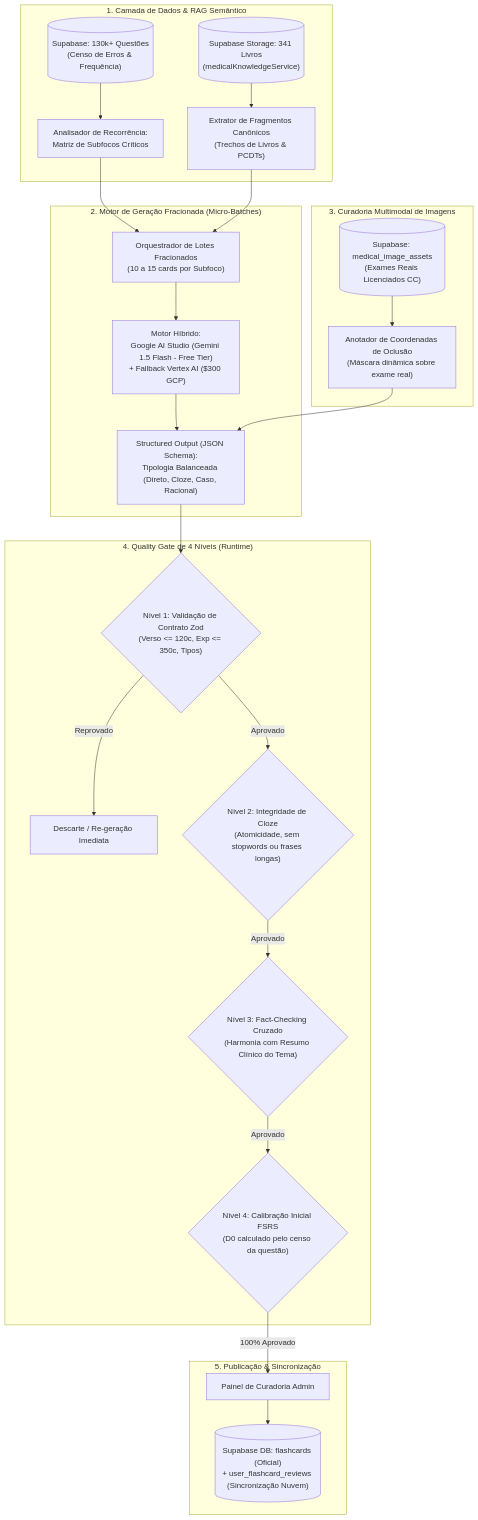
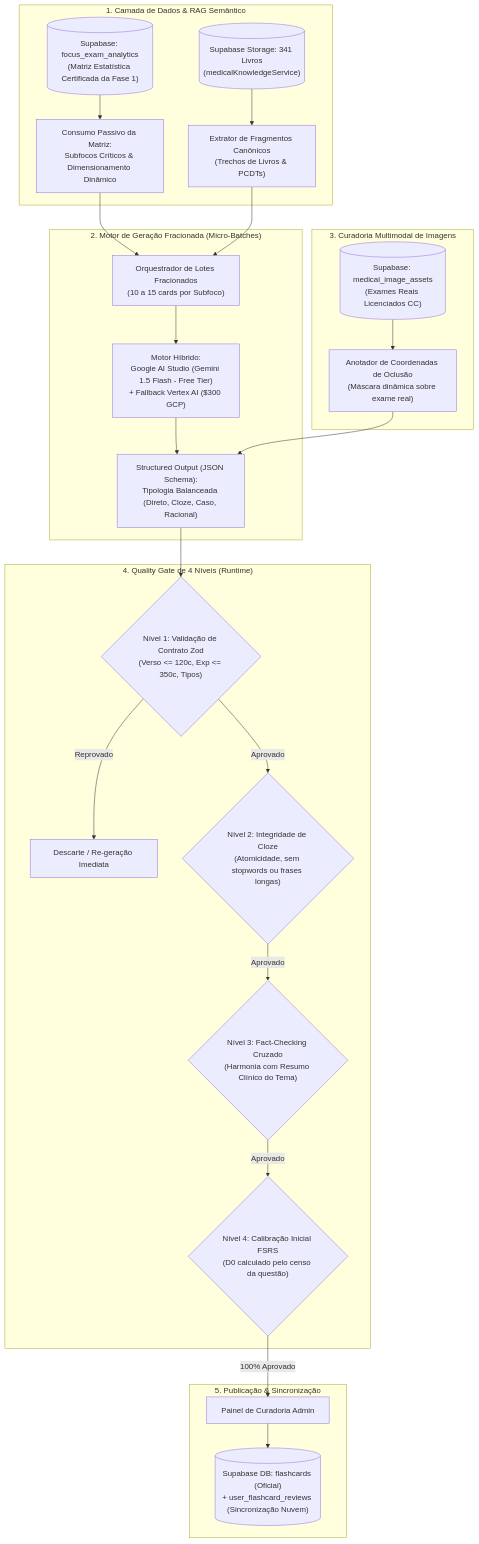
The first of 2 diagrams in docs/PLANO_MESTRE_FLASHCARDS_FSRS.md (bancoresidencia/bancoresidencia), drawn with Mermaid before and after one commit. The commit also changed 56 other files, not shown here.

````diff
--- a/docs/PLANO_MESTRE_FLASHCARDS_FSRS.md
+++ b/docs/PLANO_MESTRE_FLASHCARDS_FSRS.md
@@ -25,31 +25,31 @@
 ```mermaid
 flowchart TD
     subgraph DADOS_ENTRADA ["1. Camada de Dados & RAG Semântico"]
-        DBQuestoes[("Supabase: 130k+ Questões\n(Censo de Erros & Frequência)")] --> CensoSubfoco["Analisador de Recorrência:\nMatriz de Subfocos Críticos"]
+        AnalyticsFase1[("Supabase: focus_exam_analytics\n(Matriz Estatística Certificada da Fase 1)")] --> CensoSubfoco["Consumo Passivo da Matriz:\nSubfocos Críticos & Dimensionamento Dinâmico"]
         DBLivros[("Supabase Storage: 341 Livros\n(medicalKnowledgeService)")] --> RAGGrounding["Extrator de Fragmentos Canônicos\n(Trechos de Livros & PCDTs)"]
     end
 
     subgraph MOTOR_GERACAO ["2. Motor de Geração Fracionada (Micro-Batches)"]
         CensoSubfoco & RAGGrounding --> MicroBatch["Orquestrador de Lotes Fracionados\n(10 a 15 cards por Subfoco)"]
         MicroBatch --> LLMGenerator["Motor Híbrido:\nGoogle AI Studio (Gemini 1.5 Flash - Free Tier)\n+ Fallback Vertex AI ($300 GCP)"]
         LLMGenerator --> StructuredZod["Structured Output (JSON Schema):\nTipologia Balanceada (Direto, Cloze, Caso, Racional)"]
     end
 
     subgraph CATALOGO_MULTIMODAL ["3. Curadoria Multimodal de Imagens"]
         DBAssets[("Supabase: medical_image_assets\n(Exames Reais Licenciados CC)")] --> ImageOcclusionEngine["Anotador de Coordenadas de Oclusão\n(Máscara dinâmica sobre exame real)"]
         ImageOcclusionEngine --> StructuredZod
     end
 
     subgraph QUALITY_GATE ["4. Quality Gate de 4 Níveis (Runtime)"]
         StructuredZod --> QG1{"Nível 1: Validação de Contrato Zod\n(Verso <= 120c, Exp <= 350c, Tipos)"}
         QG1 -- Reprovado --> RejeicaoAuto["Descarte / Re-geração Imediata"]
         QG1 -- Aprovado --> QG2{"Nível 2: Integridade de Cloze\n(Atomicidade, sem stopwords ou frases longas)"}
         QG2 -- Aprovado --> QG3{"Nível 3: Fact-Checking Cruzado\n(Harmonia com Resumo Clínico do Tema)"}
         QG3 -- Aprovado --> QG4{"Nível 4: Calibração Inicial FSRS\n(D0 calculado pelo censo da questão)"}
     end
 
     subgraph PERSISTENCIA ["5. Publicação & Sincronização"]
         QG4 -- 100% Aprovado --> AdminDraft["Painel de Curadoria Admin"]
         AdminDraft --> DeployDB[("Supabase DB: flashcards (Oficial)\n+ user_flashcard_reviews (Sincronização Nuvem)")]
     end
 ```
````
